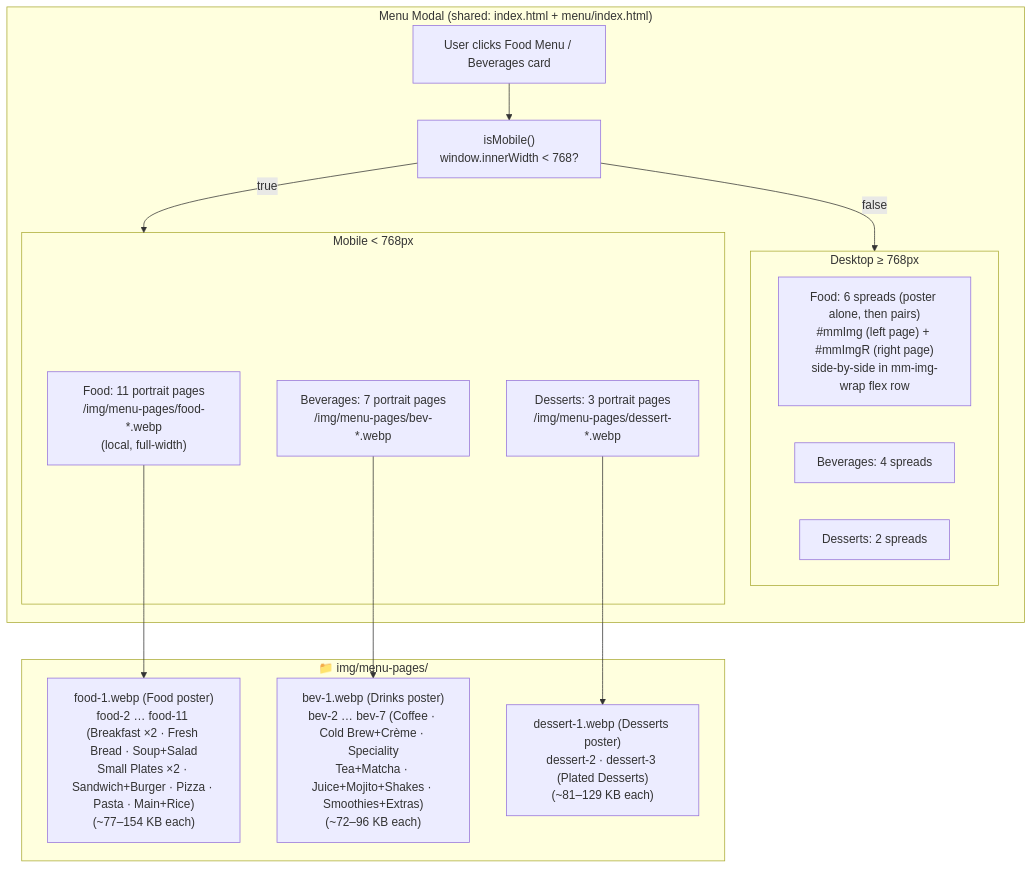
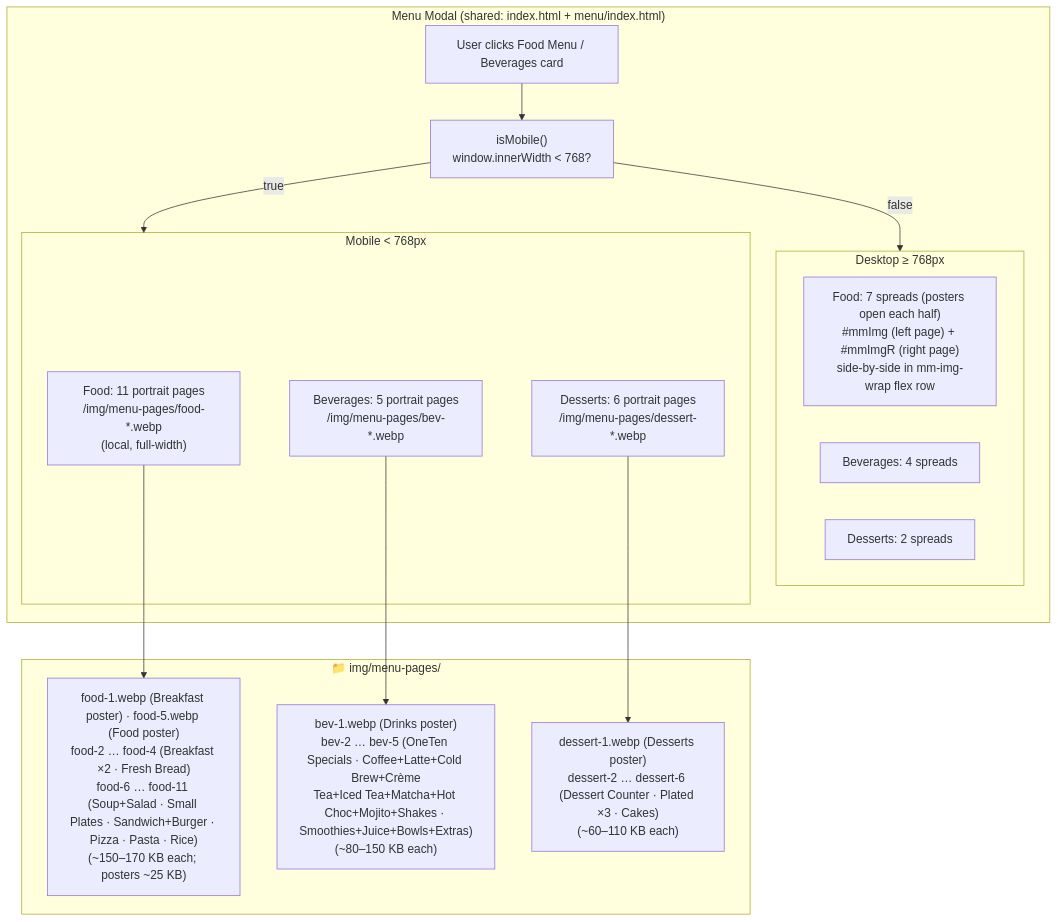
Before and after one commit to mahesh9403/Cafe-110-v2: the third of 7 diagrams in SITEMAP.md, drawn with Mermaid. The commit also changed other lines of this file and 71 other files, not shown here.

First line of the commit message:
feat: November menu, poster hero, AI price list, table QR page, gallery

````diff
--- a/SITEMAP.md
+++ b/SITEMAP.md
@@ -191,33 +192,33 @@
 ```mermaid
 graph TD
     subgraph MODAL["Menu Modal (shared: index.html + menu/index.html)"]
         OPEN["User clicks Food Menu / Beverages card"]
         DETECT["isMobile()\nwindow.innerWidth < 768?"]
 
         subgraph DESKTOP["Desktop ≥ 768px"]
-            DT_FOOD["Food: 6 spreads (poster alone, then pairs)\n#mmImg (left page) + #mmImgR (right page)\nside-by-side in mm-img-wrap flex row"]
+            DT_FOOD["Food: 7 spreads (posters open each half)\n#mmImg (left page) + #mmImgR (right page)\nside-by-side in mm-img-wrap flex row"]
             DT_BEV["Beverages: 4 spreads"]
             DT_DES["Desserts: 2 spreads"]
         end
 
         subgraph MOBILE["Mobile < 768px"]
             MB_FOOD["Food: 11 portrait pages\n/img/menu-pages/food-*.webp\n(local, full-width)"]
-            MB_BEV["Beverages: 7 portrait pages\n/img/menu-pages/bev-*.webp"]
-            MB_DES["Desserts: 3 portrait pages\n/img/menu-pages/dessert-*.webp"]
+            MB_BEV["Beverages: 5 portrait pages\n/img/menu-pages/bev-*.webp"]
+            MB_DES["Desserts: 6 portrait pages\n/img/menu-pages/dessert-*.webp"]
         end
 
         OPEN --> DETECT
         DETECT -->|"false"| DESKTOP
         DETECT -->|"true"| MOBILE
     end
 
     subgraph MOBILE_IMGS["📁 img/menu-pages/"]
-        FM["food-1.webp (Food poster)\nfood-2 … food-11 (Breakfast ×2 · Fresh Bread · Soup+Salad\nSmall Plates ×2 · Sandwich+Burger · Pizza · Pasta · Main+Rice)\n(~77–154 KB each)"]
-        BM["bev-1.webp (Drinks poster)\nbev-2 … bev-7 (Coffee · Cold Brew+Crème · Speciality\nTea+Matcha · Juice+Mojito+Shakes · Smoothies+Extras)\n(~72–96 KB each)"]
-        DM["dessert-1.webp (Desserts poster)\ndessert-2 · dessert-3 (Plated Desserts)\n(~81–129 KB each)"]
+        FM["food-1.webp (Breakfast poster) · food-5.webp (Food poster)\nfood-2 … food-4 (Breakfast ×2 · Fresh Bread)\nfood-6 … food-11 (Soup+Salad · Small Plates · Sandwich+Burger · Pizza · Pasta · Rice)\n(~150–170 KB each; posters ~25 KB)"]
+        BM["bev-1.webp (Drinks poster)\nbev-2 … bev-5 (OneTen Specials · Coffee+Latte+Cold Brew+Crème\nTea+Iced Tea+Matcha+Hot Choc+Mojito+Shakes · Smoothies+Juice+Bowls+Extras)\n(~80–150 KB each)"]
+        DM["dessert-1.webp (Desserts poster)\ndessert-2 … dessert-6 (Dessert Counter · Plated ×3 · Cakes)\n(~60–110 KB each)"]
     end
 
     MB_FOOD --> FM
     MB_BEV --> BM
     MB_DES --> DM
 ```
````
